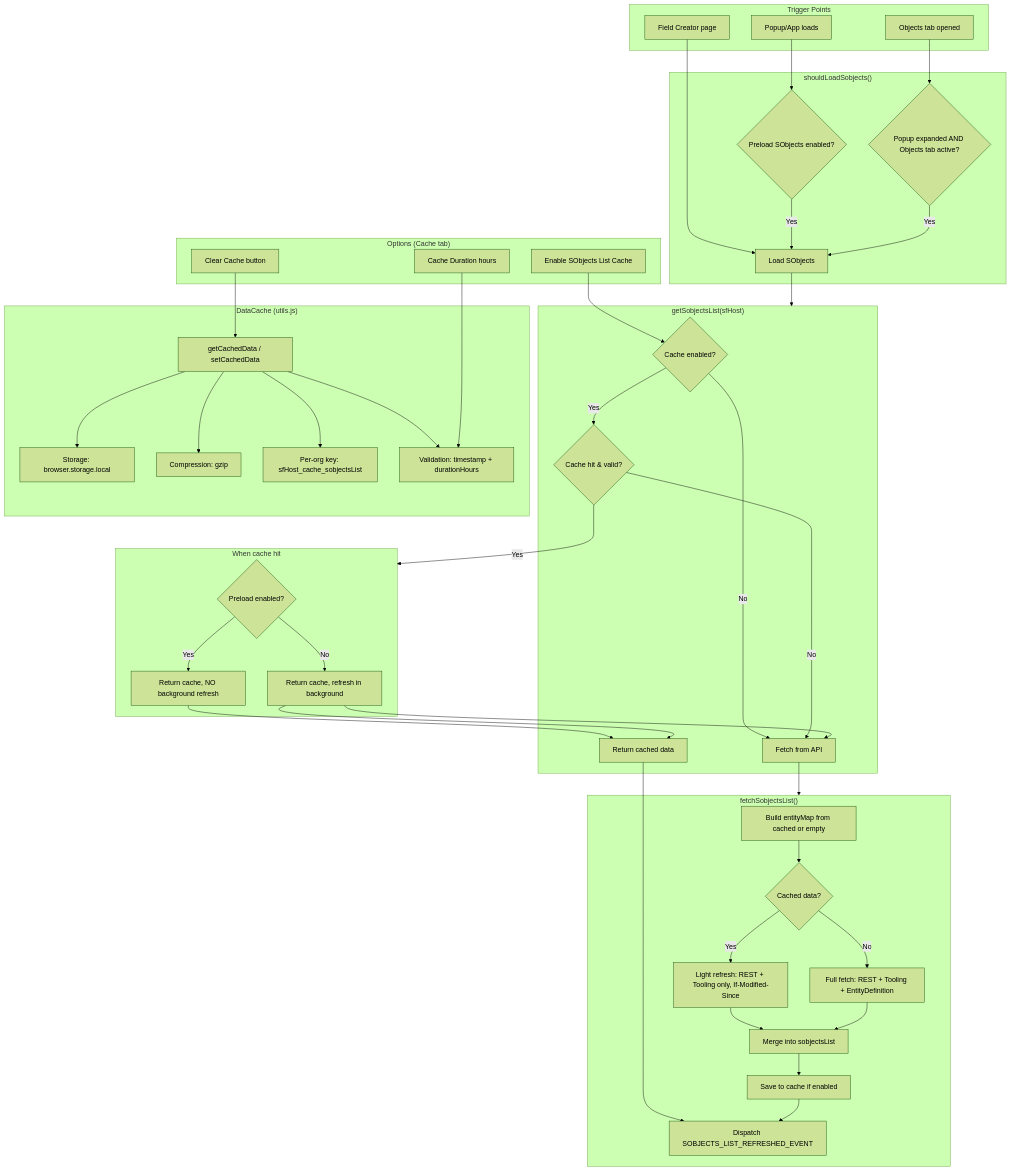
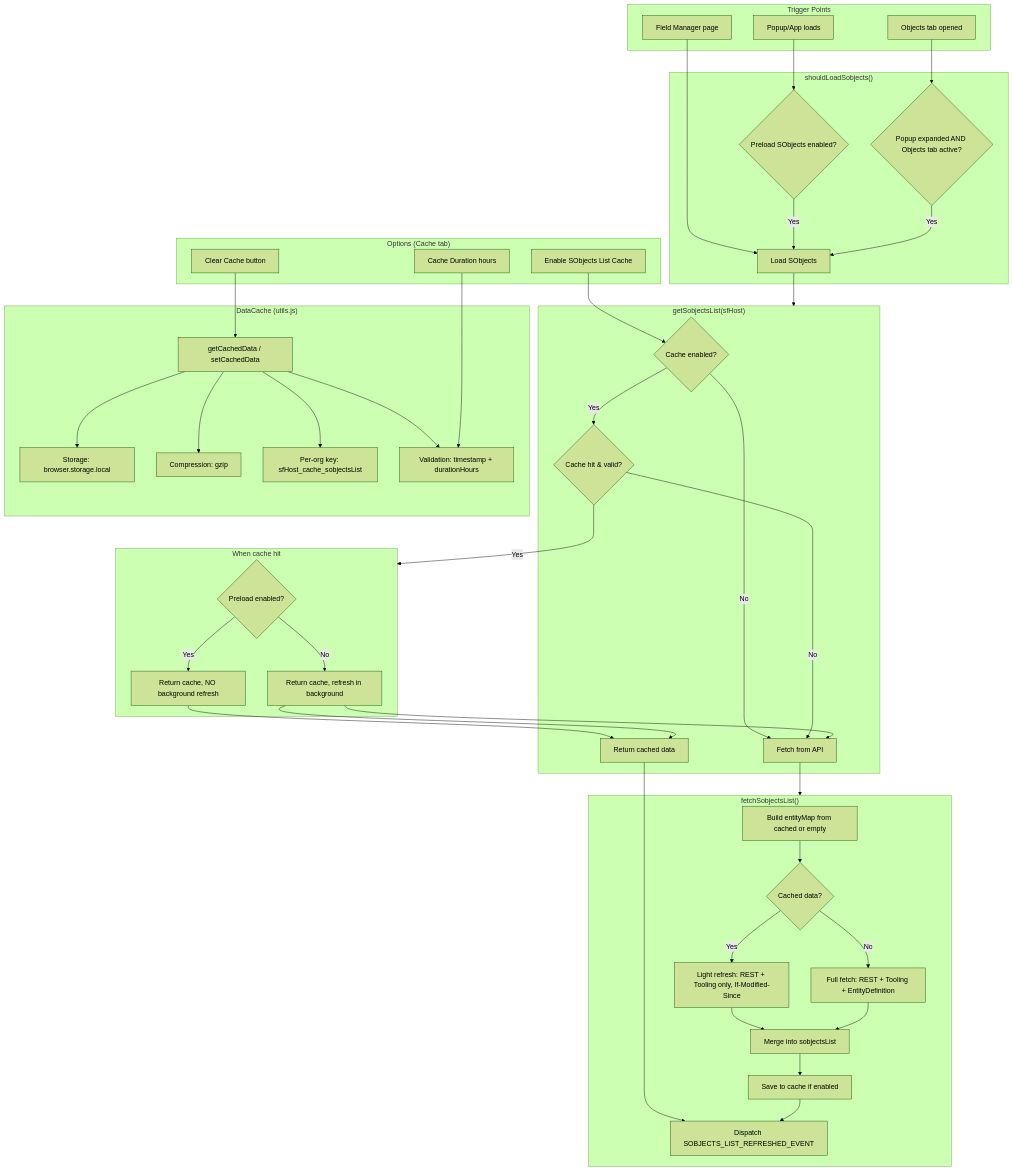
One commit to tprouvot/Salesforce-Inspector-reloaded changed the diagram in docs/sobject-cache-management.md. Above: the diagram before and after it, drawn with Mermaid (forest theme). The commit also changed other lines of this file and 18 other files, not shown here.

```diff
--- a/docs/sobject-cache-management.md
+++ b/docs/sobject-cache-management.md
@@ -38,7 +38,7 @@
     subgraph Triggers["Trigger Points"]
         A[Popup/App loads]
         B[Objects tab opened]
-        C[Field Creator page]
+        C[Field Manager page]
     end
 
     subgraph shouldLoadSobjects["shouldLoadSobjects()"]
```
